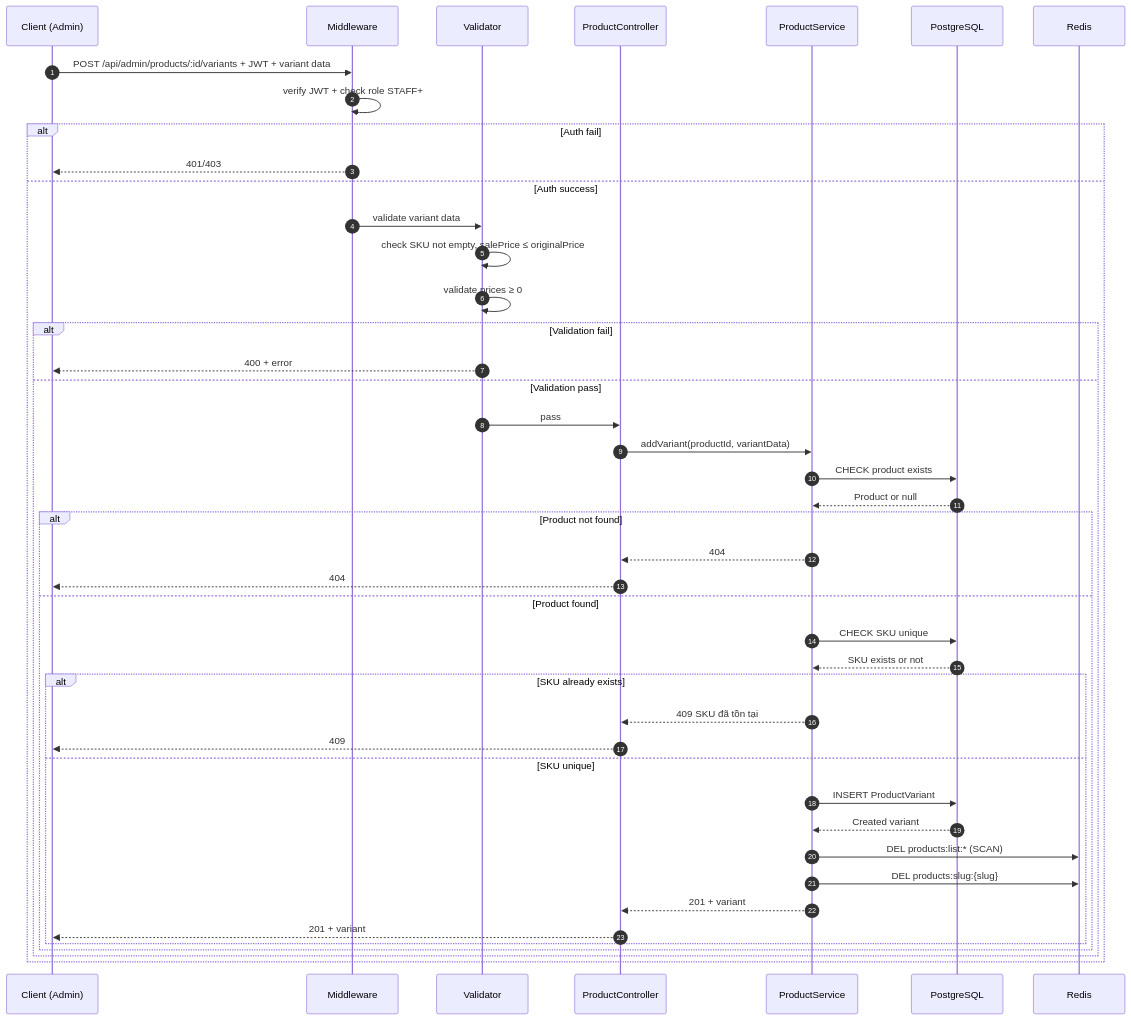
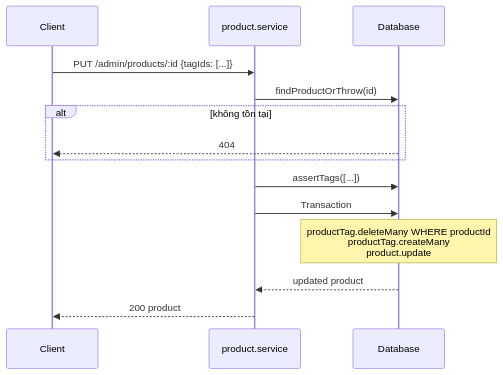
The third of 7 diagrams in docs/Product/SequenceDiagram.md (phamvinh203/mobivexa), drawn with Mermaid before and after one commit. The commit also changed other lines of this file and 79 other files, not shown here.

Commit message:
📜 Add documentation for Inventory and Favorite modules including Use Cases, API Specifications, and Activity Diagrams

````diff
--- a/docs/Product/SequenceDiagram.md
+++ b/docs/Product/SequenceDiagram.md
@@ -231,47 +59,17 @@
 ```mermaid
 sequenceDiagram
-    autonumber
-    participant C as Client (Admin)
-    participant M as Middleware
-    participant V as Validator
-    participant API as ProductController
-    participant S as ProductService
-    participant DB as PostgreSQL
-    participant R as Redis
+    participant C as Client
+    participant S as product.service
+    participant DB as Database
 
-    C->>M: POST /api/admin/products/:id/variants + JWT + variant data
-    M->>M: verify JWT + check role STAFF+
-    alt Auth fail
-        M-->>C: 401/403
-    else Auth success
-        M->>V: validate variant data
-        V->>V: check SKU not empty, salePrice ≤ originalPrice
-        V->>V: validate prices ≥ 0
-        alt Validation fail
-            V-->>C: 400 + error
-        else Validation pass
-            V->>API: pass
-            API->>S: addVariant(productId, variantData)
-            S->>DB: CHECK product exists
-            DB-->>S: Product or null
-            alt Product not found
-                S-->>API: 404
-                API-->>C: 404
-            else Product found
-                S->>DB: CHECK SKU unique
-                DB-->>S: SKU exists or not
-                alt SKU already exists
-                    S-->>API: 409 SKU đã tồn tại
-                    API-->>C: 409
-                else SKU unique
-                    S->>DB: INSERT ProductVariant
-                    DB-->>S: Created variant
-                    S->>R: DEL products:list:* (SCAN)
-                    S->>R: DEL products:slug:{slug}
-                    S-->>API: 201 + variant
-                    API-->>C: 201 + variant
-                end
-            end
-        end
+    C->>S: PUT /admin/products/:id {tagIds: [...]}
+    S->>DB: findProductOrThrow(id)
+    alt không tồn tại
+        DB-->>C: 404
     end
+    S->>DB: assertTags([...])
+    S->>DB: Transaction
+    Note over DB: productTag.deleteMany WHERE productId<br/>productTag.createMany<br/>product.update
+    DB-->>S: updated product
+    S-->>C: 200 product
 ```
````
